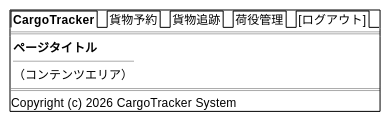
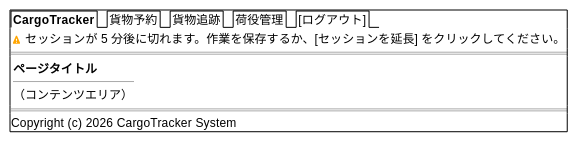
Before and after one commit to k2works/case-study-cargo-tracker: the first of 19 diagrams in docs/design/ui_design.md, drawn with PlantUML. The commit also changed other lines of this file and 8 other files, not shown here.

````diff
--- a/docs/design/ui_design.md
+++ b/docs/design/ui_design.md
@@ -146,17 +147,20 @@
 ```plantuml
 @startsalt
 {+
   {/ <b>CargoTracker</b> | 貨物予約 | 貨物追跡 | 荷役管理 | [ログアウト] }
+  {
+    <color:orange><&warning></color> セッションが 5 分後に切れます。作業を保存するか、[セッションを延長] をクリックしてください。
+  }
   ==
   {
     {
       **ページタイトル**
       ----
       （コンテンツエリア）
     }
   }
   ==
   Copyright (c) 2026 CargoTracker System
 }
 @endsalt
 ```
````
